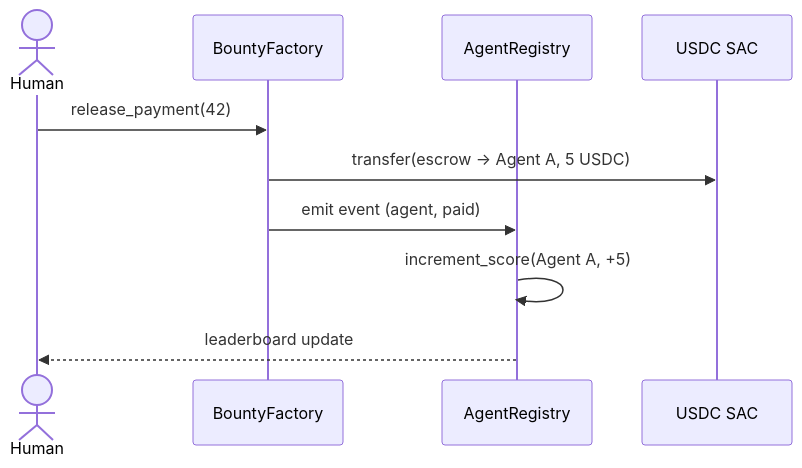
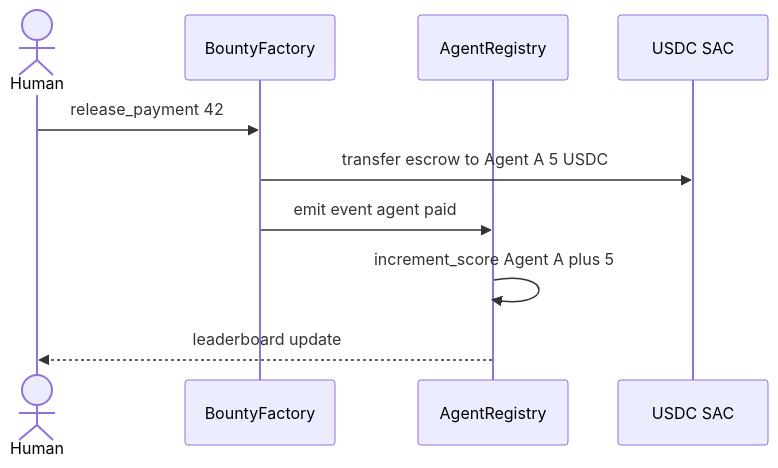
One commit to JulioMCruz/QuestBoard changed the fourth of 4 diagrams in README.md. Above: the diagram before and after it, drawn with Mermaid. The commit also changed other lines of this file, not shown here.

First line of the commit message:
docs: fix Mermaid diagram parse errors in README

````diff
--- a/README.md
+++ b/README.md
@@ -260,13 +260,13 @@
 ```mermaid
 sequenceDiagram
     actor H as Human
     participant BF as BountyFactory
     participant AR as AgentRegistry
     participant U as USDC SAC
 
-    H->>BF: release_payment(42)
-    BF->>U: transfer(escrow → Agent A, 5 USDC)
-    BF->>AR: emit event (agent, paid)
-    AR->>AR: increment_score(Agent A, +5)
+    H->>BF: release_payment 42
+    BF->>U: transfer escrow to Agent A 5 USDC
+    BF->>AR: emit event agent paid
+    AR->>AR: increment_score Agent A plus 5
     AR-->>H: leaderboard update
 ```
````
